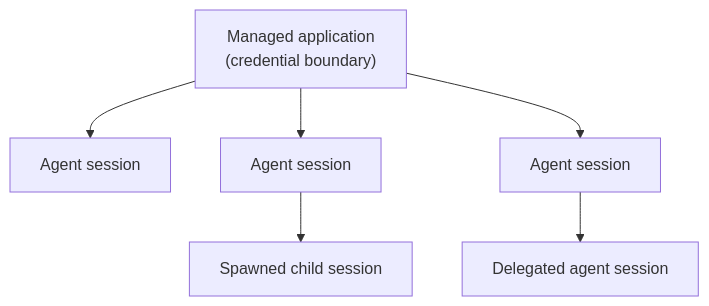
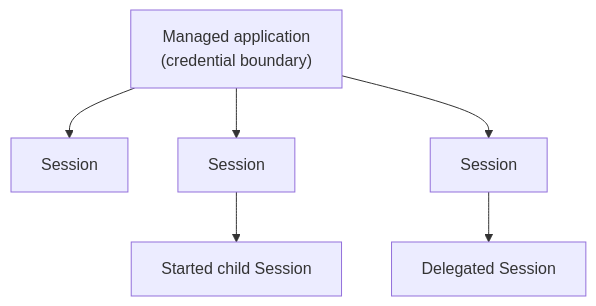
One commit to Garudex-Labs/caracal changed the first of 2 diagrams in docs/src/content/docs/concepts/principal.mdx. Above: the diagram before and after it, drawn with Mermaid. The commit also changed other lines of this file and 14 other files, not shown here.

````diff
--- a/docs/src/content/docs/concepts/principal.mdx
+++ b/docs/src/content/docs/concepts/principal.mdx
@@ -34,8 +34,8 @@
 ```mermaid
 flowchart TD
-  App["Managed application<br/>(credential boundary)"] --> S1["Agent session"]
-  App --> S2["Agent session"]
-  App --> S3["Agent session"]
-  S2 --> C1["Spawned child session"]
-  S3 --> C2["Delegated agent session"]
+  App["Managed application<br/>(credential boundary)"] --> S1["Session"]
+  App --> S2["Session"]
+  App --> S3["Session"]
+  S2 --> C1["Started child Session"]
+  S3 --> C2["Delegated Session"]
 ```
````
